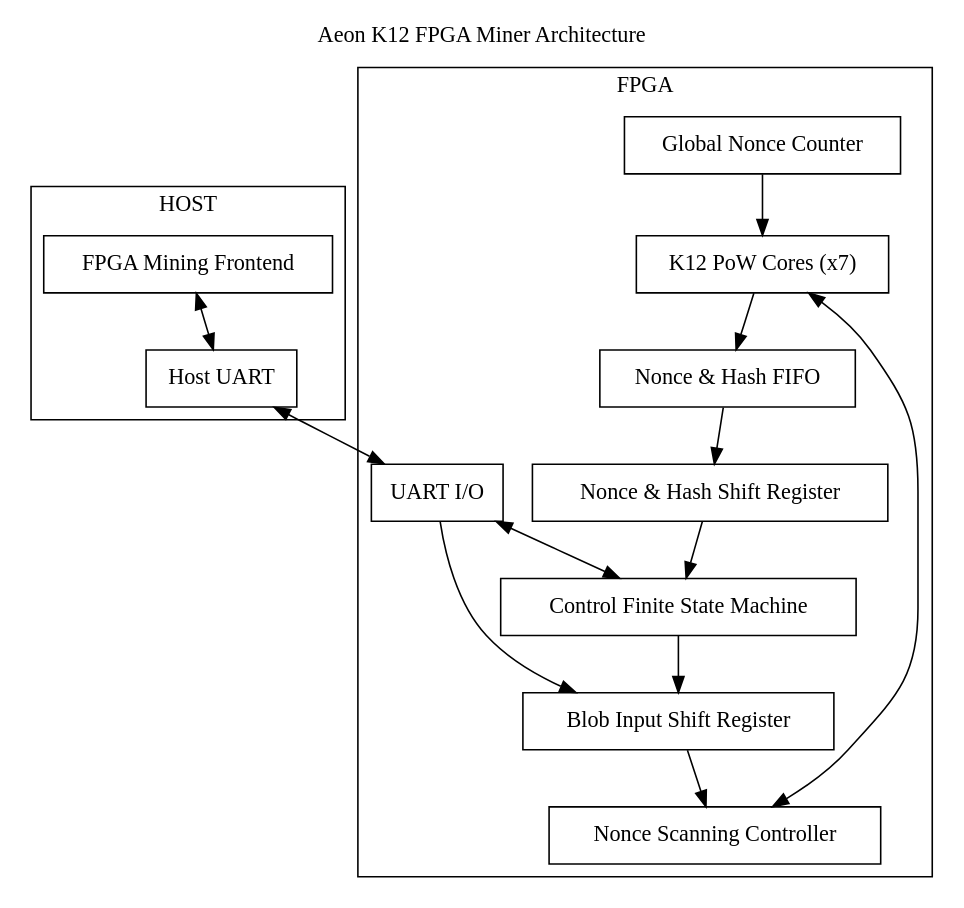
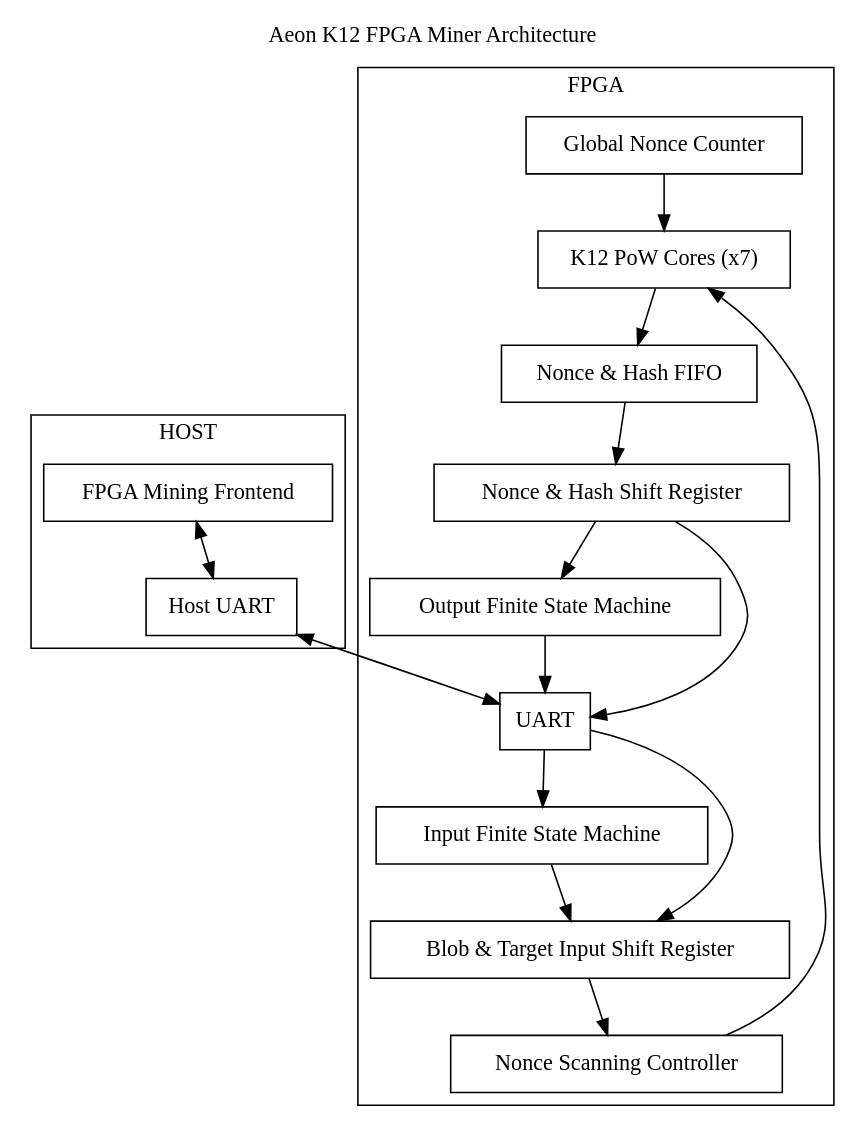
One commit to NeoChen1024/Aeon-K12-FPGA-Miner changed the diagram in arch.dot. Above: the diagram before and after it, drawn with Graphviz. The commit also changed 5 other files, not shown here.

Commit message:
architecture

```diff
--- a/arch.dot
+++ b/arch.dot
@@ -1,38 +1,41 @@
 digraph "Aeon K12 FPGA Miner Architecture"
 {
 	labelloc="t";
 	label="Aeon K12 FPGA Miner Architecture";
 	rankdir=TD
 	node [shape=box]
 	pow [label="K12 PoW Cores (x7)"]
 	nsc [label="Nonce Scanning Controller"]
-	cfsm [label="Control Finite State Machine"]
-	uart [label="UART I/O"]
+	ifsm [label="Input Finite State Machine"]
+	ofsm [label="Output Finite State Machine"]
+	uart [label="UART"]
 	fifo [label="Nonce & Hash FIFO"]
-	bisr [label="Blob Input Shift Register"]
+	bisr [label="Blob & Target Input Shift Register"]
 	nhsr [label="Nonce & Hash Shift Register"]
 	gctr [label="Global Nonce Counter"]
 
 	frontend [label="FPGA Mining Frontend"]
 	host_uart [label="Host UART"]
 
 	subgraph cluster_fpga {
 		label = "FPGA";
 
-		uart -> cfsm [dir=both]
-		cfsm -> bisr
+		uart -> ifsm
+		ofsm -> uart
+		ifsm -> bisr
 		uart -> bisr
 		bisr -> nsc
-		nsc -> pow [dir=both]
+		nsc -> pow
 		pow -> fifo
 		fifo -> nhsr
-		nhsr -> cfsm
+		nhsr -> ofsm
+		nhsr -> uart
 		gctr -> pow
 	}
 	subgraph cluster_host {
 		label = "HOST";
 
 		frontend -> host_uart [dir=both]
 		host_uart -> uart [dir=both]
 	}
 }
```
